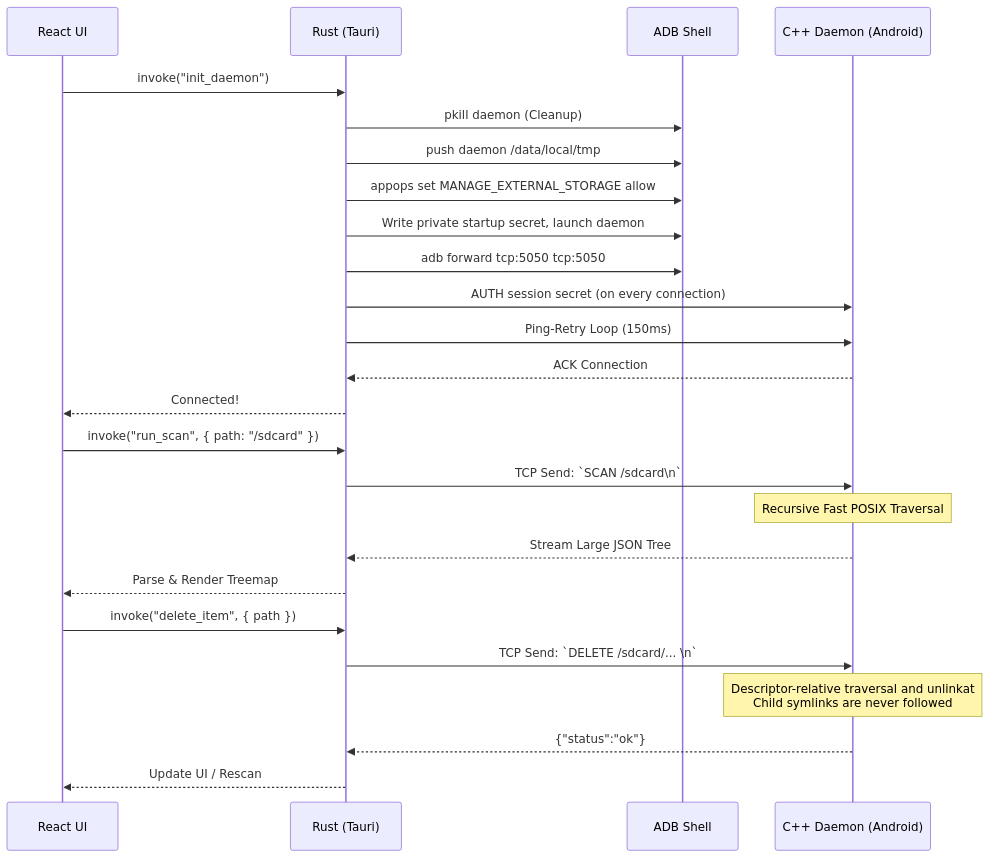
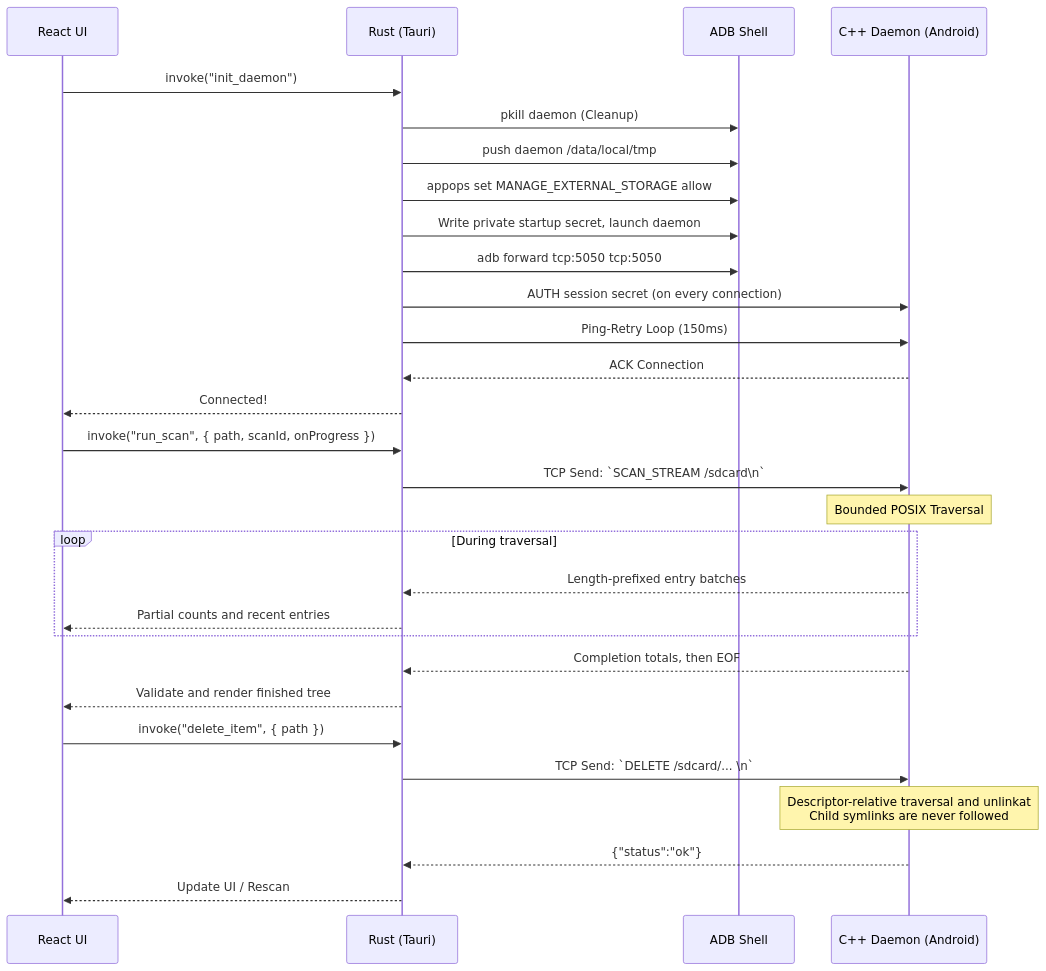
One commit to VishnuSrivatsava/SocketSweep changed the second of 2 diagrams in README.md. Above: the diagram before and after it, drawn with Mermaid. The commit also changed other lines of this file and 12 other files, not shown here.

Commit message:
Stream authenticated scan entries during traversal (#47)

````diff
--- a/README.md
+++ b/README.md
@@ -181,33 +181,37 @@
 ```mermaid
 sequenceDiagram
     participant U as React UI
     participant R as Rust (Tauri)
     participant A as ADB Shell
     participant D as C++ Daemon (Android)
     
     %% Connect Phase
     U->>R: invoke("init_daemon")
     R->>A: pkill daemon (Cleanup)
     R->>A: push daemon /data/local/tmp
     R->>A: appops set MANAGE_EXTERNAL_STORAGE allow
     R->>A: Write private startup secret, launch daemon
     R->>A: adb forward tcp:5050 tcp:5050
     R->>D: AUTH session secret (on every connection)
     R->>D: Ping-Retry Loop (150ms)
     D-->>R: ACK Connection
     R-->>U: Connected!
     
     %% Scan Phase
-    U->>R: invoke("run_scan", { path: "/sdcard" })
-    R->>D: TCP Send: `SCAN /sdcard\n`
-    Note over D: Recursive Fast POSIX Traversal
-    D-->>R: Stream Large JSON Tree
-    R-->>U: Parse & Render Treemap
+    U->>R: invoke("run_scan", { path, scanId, onProgress })
+    R->>D: TCP Send: `SCAN_STREAM /sdcard\n`
+    Note over D: Bounded POSIX Traversal
+    loop During traversal
+        D-->>R: Length-prefixed entry batches
+        R-->>U: Partial counts and recent entries
+    end
+    D-->>R: Completion totals, then EOF
+    R-->>U: Validate and render finished tree
     
     %% Delete Phase
     U->>R: invoke("delete_item", { path })
     R->>D: TCP Send: `DELETE /sdcard/... \n`
     Note over D: Descriptor-relative traversal and unlinkat<br/>Child symlinks are never followed
     D-->>R: {"status":"ok"}
     R-->>U: Update UI / Rescan
 ```
````
